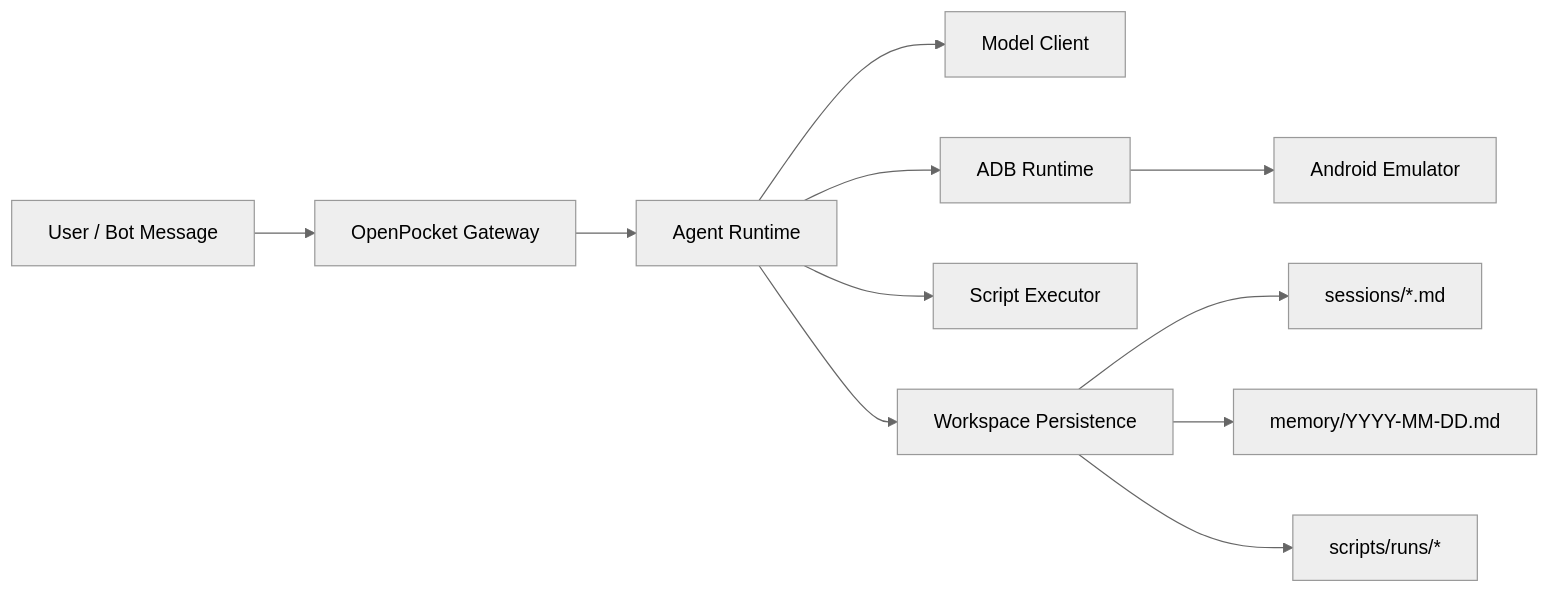
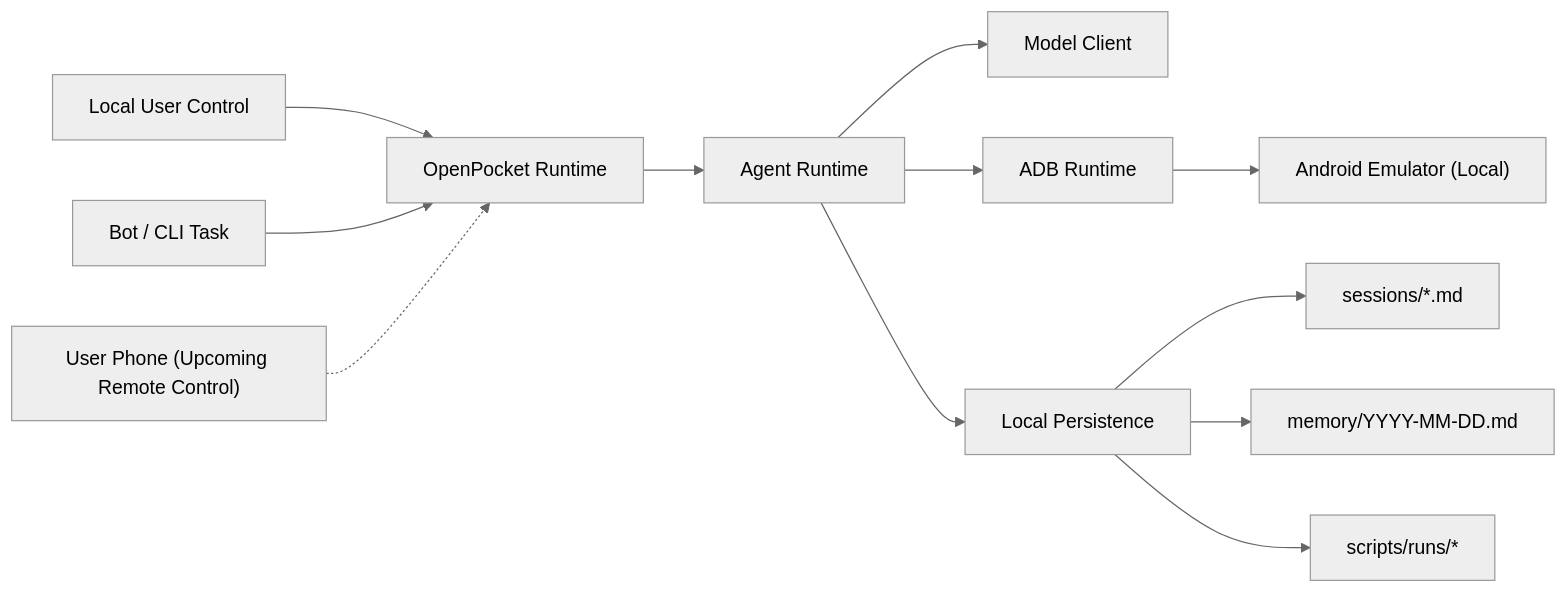
The diagram in docs/index.md (SergioChan/openpocket), drawn with Mermaid (neutral theme) before and after one commit. The commit also changed other lines of this file and 17 other files, not shown here.

````diff
--- a/docs/index.md
+++ b/docs/index.md
@@ -77,13 +81,14 @@
 ```mermaid
 flowchart LR
-  U["User / Bot Message"] --> G["OpenPocket Gateway"]
-  G --> A["Agent Runtime"]
+  U["Local User Control"] --> R["OpenPocket Runtime"]
+  B["Bot / CLI Task"] --> R
+  R --> A["Agent Runtime"]
   A --> M["Model Client"]
   A --> D["ADB Runtime"]
-  A --> S["Script Executor"]
-  D --> E["Android Emulator"]
-  A --> P["Workspace Persistence"]
+  D --> E["Android Emulator (Local)"]
+  A --> P["Local Persistence"]
   P --> SS["sessions/*.md"]
   P --> MM["memory/YYYY-MM-DD.md"]
   P --> RR["scripts/runs/*"]
+  RP["User Phone (Upcoming Remote Control)"] -.-> R
 ```
````
